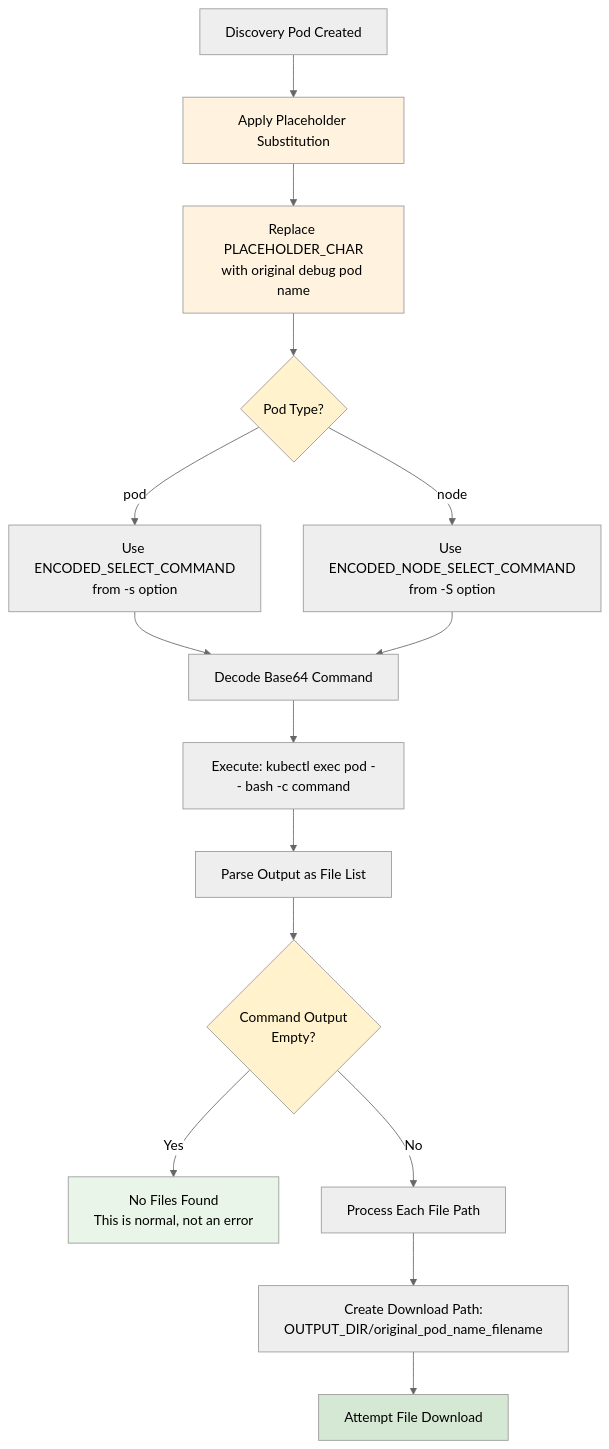
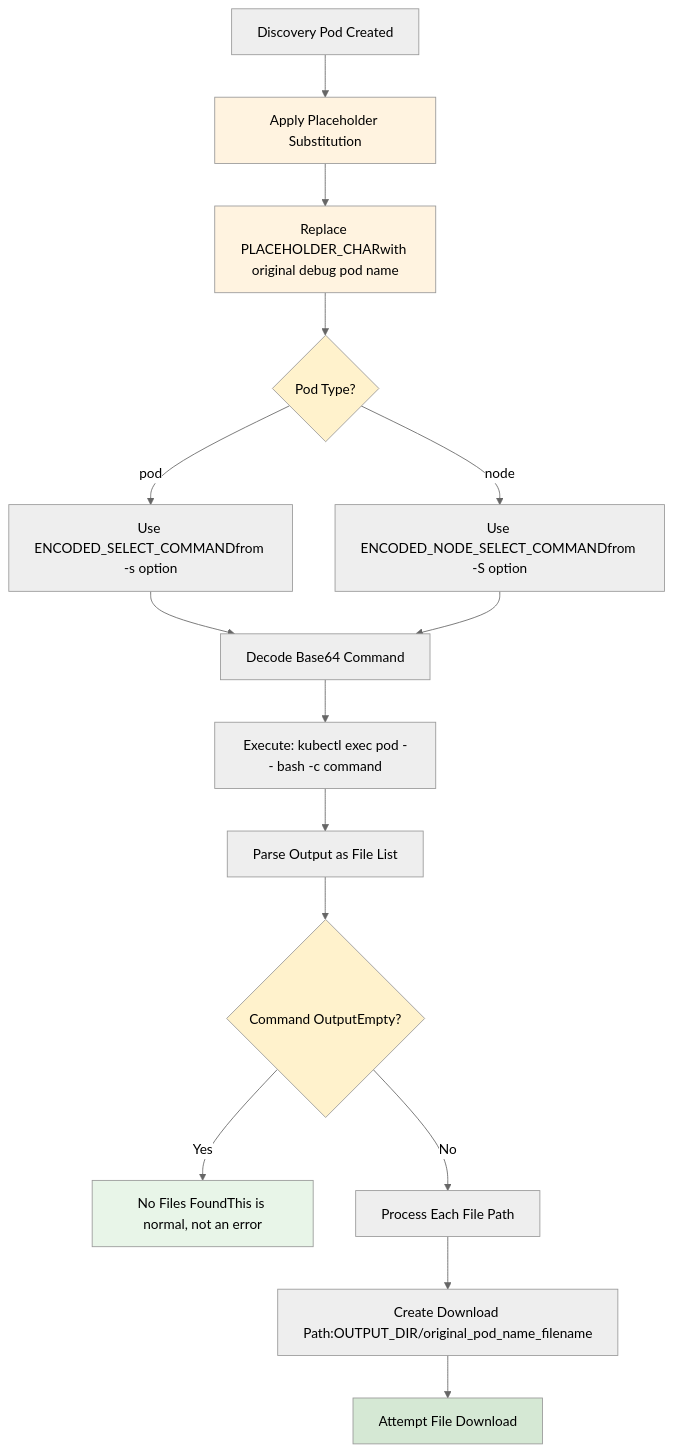
One commit to 8-cm/kube-dump changed the second of 6 diagrams in docs/file-download-flow.md. Above: the diagram before and after it, drawn with Mermaid (neutral theme). The commit also changed other lines of this file and 4 other files, not shown here.

First line of the commit message:
fix: Resolve Mermaid diagram rendering issues for GitHub compatibility

````diff
--- a/docs/file-download-flow.md
+++ b/docs/file-download-flow.md
@@ -65,28 +65,28 @@
 ```mermaid
 graph TD
     A[Discovery Pod Created] --> B[Apply Placeholder Substitution]
-    B --> C[Replace PLACEHOLDER_CHAR<br/>with original debug pod name]
+    B --> C[Replace PLACEHOLDER_CHARwith original debug pod name]
     
     C --> D{Pod Type?}
-    D -->|pod| E[Use ENCODED_SELECT_COMMAND<br/>from -s option]
-    D -->|node| F[Use ENCODED_NODE_SELECT_COMMAND<br/>from -S option]
+    D -->|pod| E[Use ENCODED_SELECT_COMMANDfrom -s option]
+    D -->|node| F[Use ENCODED_NODE_SELECT_COMMANDfrom -S option]
     
     E --> G[Decode Base64 Command]
     F --> G
     G --> H[Execute: kubectl exec pod -- bash -c command]
     H --> I[Parse Output as File List]
     
-    I --> J{Command Output<br/>Empty?}
-    J -->|Yes| K[No Files Found<br/>This is normal, not an error]
+    I --> J{Command OutputEmpty?}
+    J -->|Yes| K[No Files FoundThis is normal, not an error]
     J -->|No| L[Process Each File Path]
     
-    L --> M[Create Download Path:<br/>OUTPUT_DIR/original_pod_name_filename]
+    L --> M[Create Download Path:OUTPUT_DIR/original_pod_name_filename]
     M --> N[Attempt File Download]
     
     style B fill:#fff3e0
     style C fill:#fff3e0
     style D fill:#fff2cc
     style J fill:#fff2cc
     style K fill:#e8f5e8
     style N fill:#d5e8d4
 ```
````
